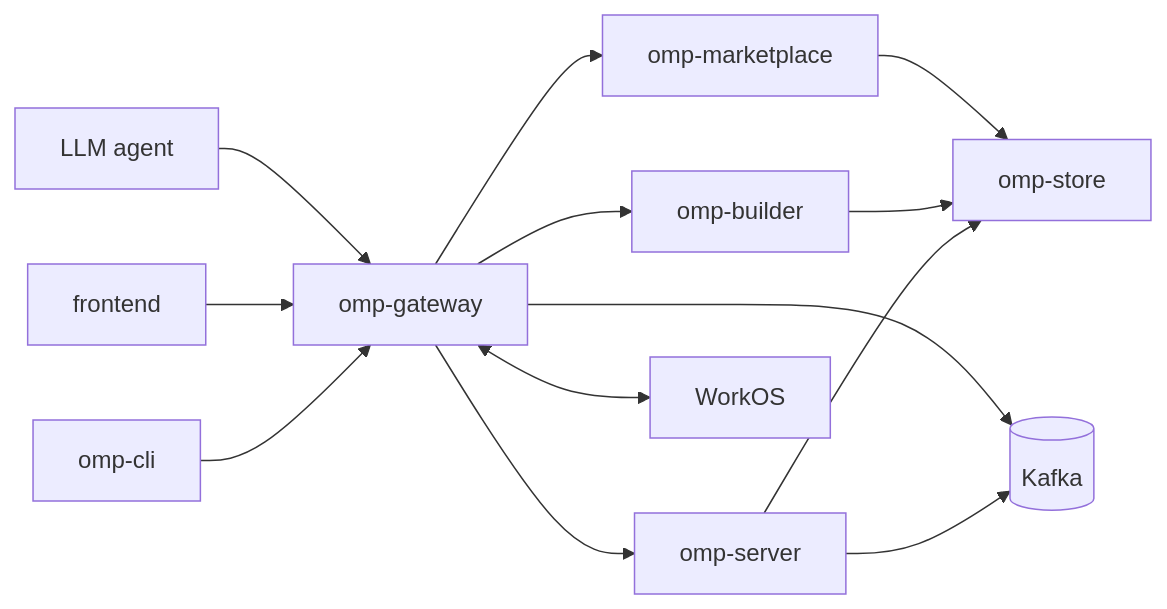
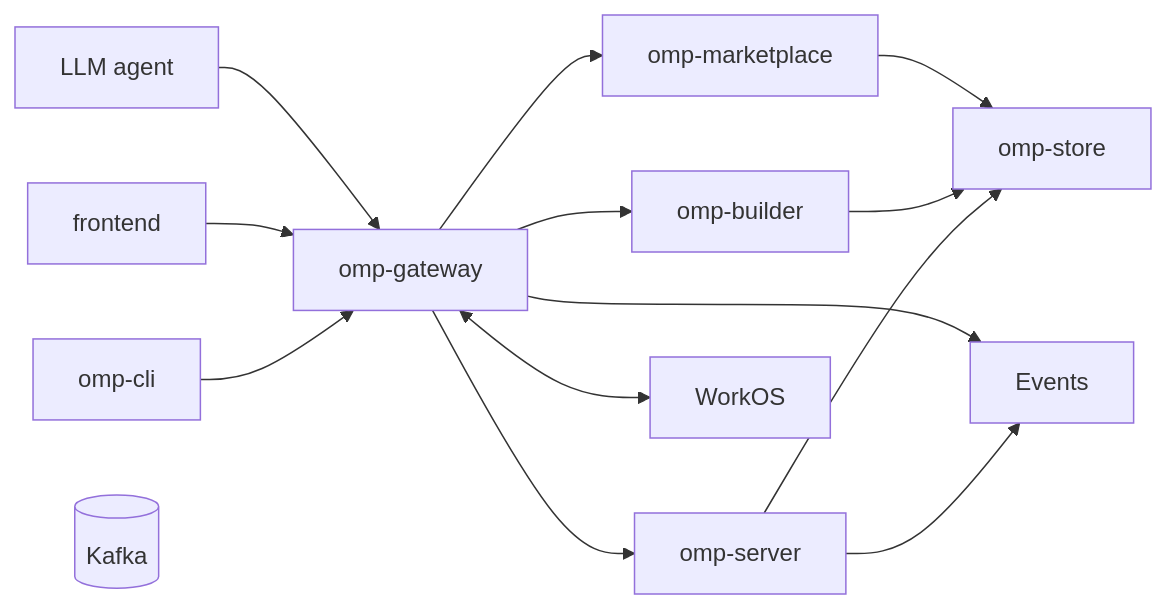
One commit to CutieillFusion/OpenMemoryProtocol changed the diagram in docs/micro_arch.md. Above: the diagram before and after it, drawn with Mermaid.

Commit message:
updating for correctness

````diff
--- a/docs/micro_arch.md
+++ b/docs/micro_arch.md
@@ -3,31 +3,31 @@
 ```mermaid
 flowchart LR
     CLI["omp-cli"]
     UI["frontend"]
     Agent["LLM agent"]
 
     GW["omp-gateway"]
     Server["omp-server"]
     Store["omp-store"]
     Builder["omp-builder"]
     Market["omp-marketplace"]
 
     Kafka[("Kafka")]
     WorkOS["WorkOS"]
 
     CLI --> GW
     UI --> GW
     Agent --> GW
 
     GW --> Server
     GW --> Builder
     GW --> Market
     GW <--> WorkOS
 
     Server --> Store
     Builder --> Store
     Market --> Store
 
-    Server --> Kafka
-    GW --> Kafka
+    Server --> Events
+    GW --> Events
 ```
````
